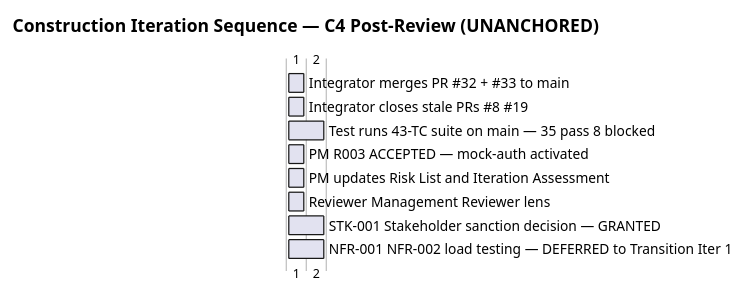
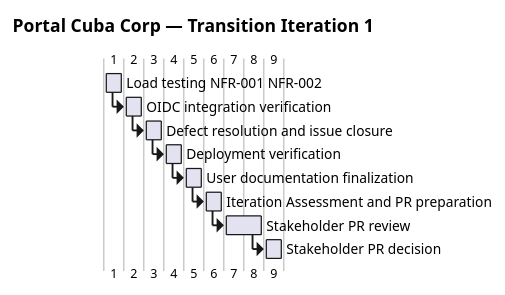
One commit to banense-test/portal-cuba-corp changed the first of 2 diagrams in docs/artifacts/project-management/iteration-plan.md. Above: the diagram before and after it, drawn with PlantUML. The commit also changed other lines of this file, not shown here.

First line of the commit message:
Project Manager [T1]: upsert Iteration Plan

````diff
--- a/docs/artifacts/project-management/iteration-plan.md
+++ b/docs/artifacts/project-management/iteration-plan.md
@@ -95,16 +34,15 @@
 ```plantuml
 @startgantt
-title Construction Iteration Sequence — C4 Post-Review (UNANCHORED)
+title Portal Cuba Corp — Transition Iteration 1
 
-[Integrator merges PR #32 + #33 to main] lasts 1 days
-[Integrator closes stale PRs #8 #19] lasts 1 days
-[Test runs 43-TC suite on main — 35 pass 8 blocked] lasts 2 days
-[PM R003 ACCEPTED — mock-auth activated] lasts 1 days
-[PM updates Risk List and Iteration Assessment] lasts 1 days
-[Reviewer Management Reviewer lens] lasts 1 days
-
-[STK-001 Stakeholder sanction decision — GRANTED] lasts 2 days
-[NFR-001 NFR-002 load testing — DEFERRED to Transition Iter 1] lasts 2 days
+[Load testing NFR-001 NFR-002] lasts 1 days
+then [OIDC integration verification] lasts 1 days
+then [Defect resolution and issue closure] lasts 1 days
+then [Deployment verification] lasts 1 days
+then [User documentation finalization] lasts 1 days
+then [Iteration Assessment and PR preparation] lasts 1 days
+then [Stakeholder PR review] lasts 2 days
+then [Stakeholder PR decision] lasts 1 days
 
 @endgantt
 ```
````
